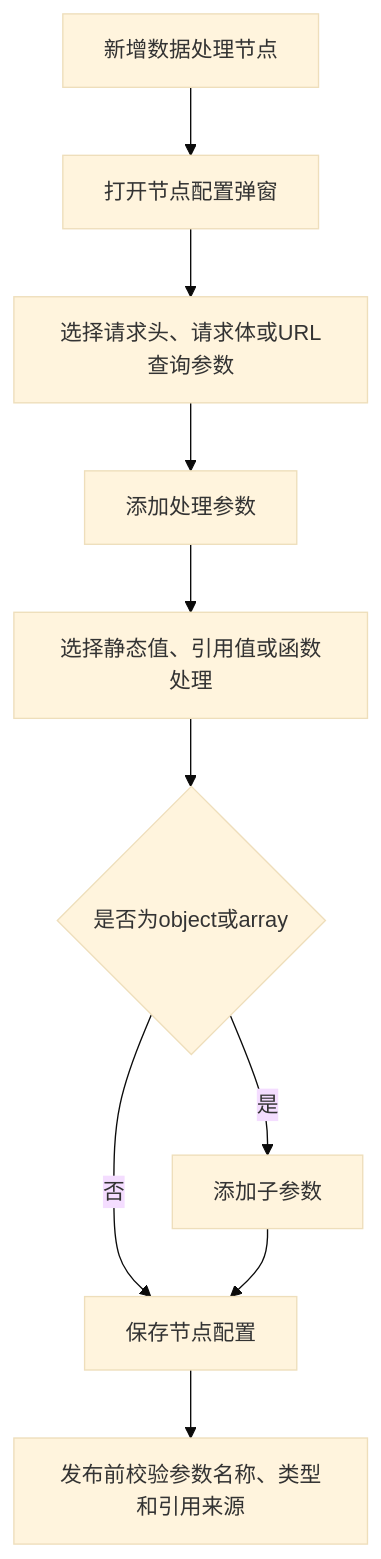
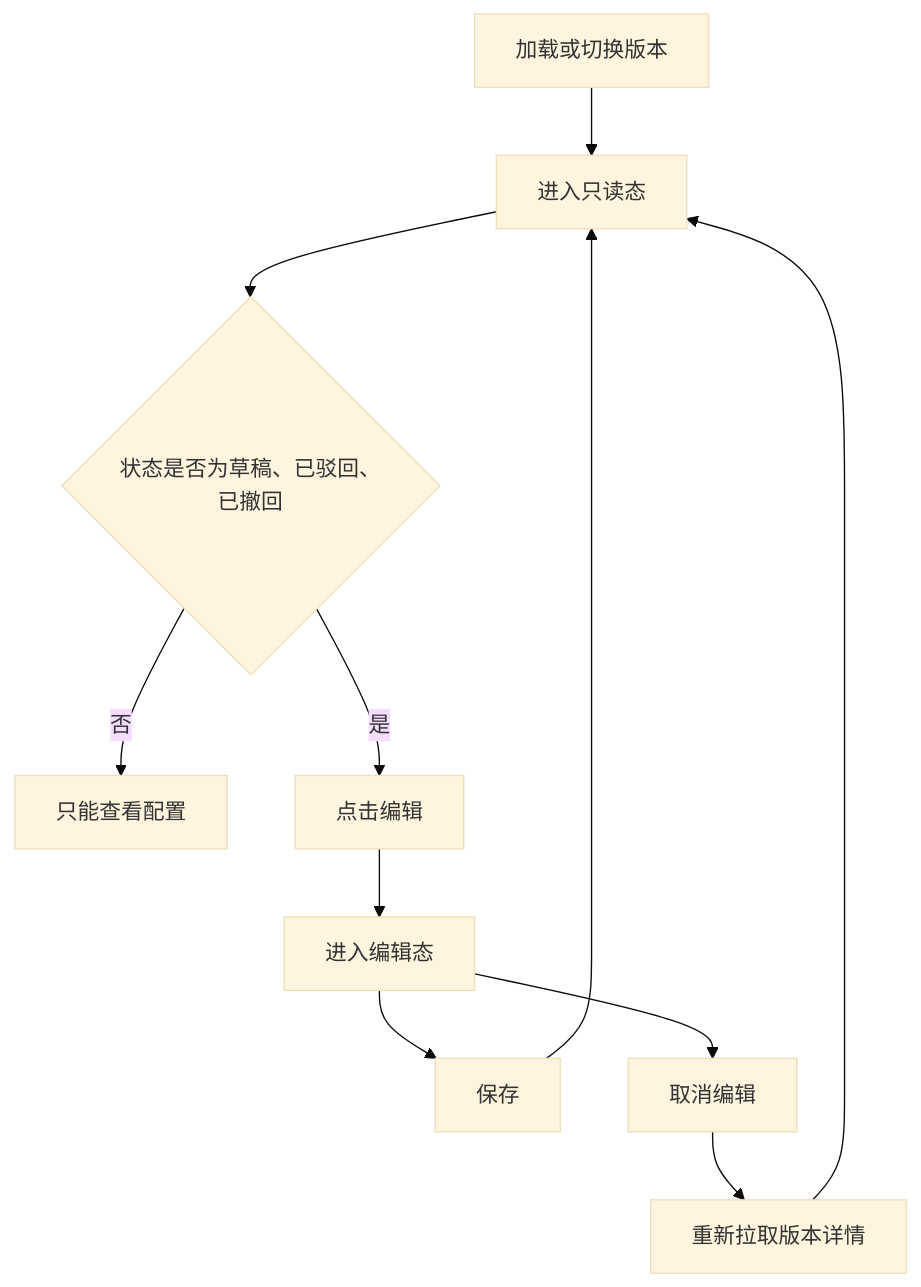
The fourth of 11 diagrams in front/doc/2026年6月文档/连接流配置需求设计说明书.md (THZSummer/open-app), drawn with Mermaid (base theme) before and after one commit. The commit also changed other lines of this file, not shown here.

````diff
--- a/front/doc/2026年6月文档/连接流配置需求设计说明书.md
+++ b/front/doc/2026年6月文档/连接流配置需求设计说明书.md
@@ -331,12 +305,13 @@
 ```mermaid
 flowchart TD
-  AddDataProcess[新增数据处理节点] --> OpenConfig[打开节点配置弹窗]
-  OpenConfig --> SelectTab[选择请求头、请求体或URL查询参数]
-  SelectTab --> AddParam[添加处理参数]
-  AddParam --> ChooseSource[选择静态值、引用值或函数处理]
-  ChooseSource --> ConfigureChildren{是否为object或array}
-  ConfigureChildren -->|是| AddChildren[添加子参数]
-  ConfigureChildren -->|否| SaveNode[保存节点配置]
-  AddChildren --> SaveNode
-  SaveNode --> PublishValidate[发布前校验参数名称、类型和引用来源]
+  LoadVersion[加载或切换版本] --> Readonly[进入只读态]
+  Readonly --> CanEdit{状态是否为草稿、已驳回、已撤回}
+  CanEdit -->|否| ViewOnly[只能查看配置]
+  CanEdit -->|是| ClickEdit[点击编辑]
+  ClickEdit --> Editing[进入编辑态]
+  Editing --> Save[保存]
+  Editing --> Cancel[取消编辑]
+  Save --> Readonly
+  Cancel --> ReloadDetail[重新拉取版本详情]
+  ReloadDetail --> Readonly
 ```
````
